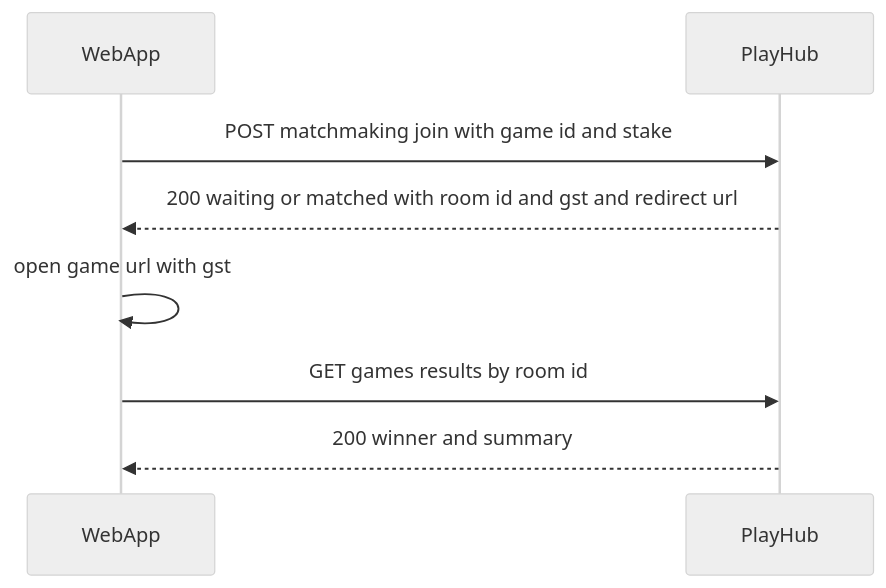
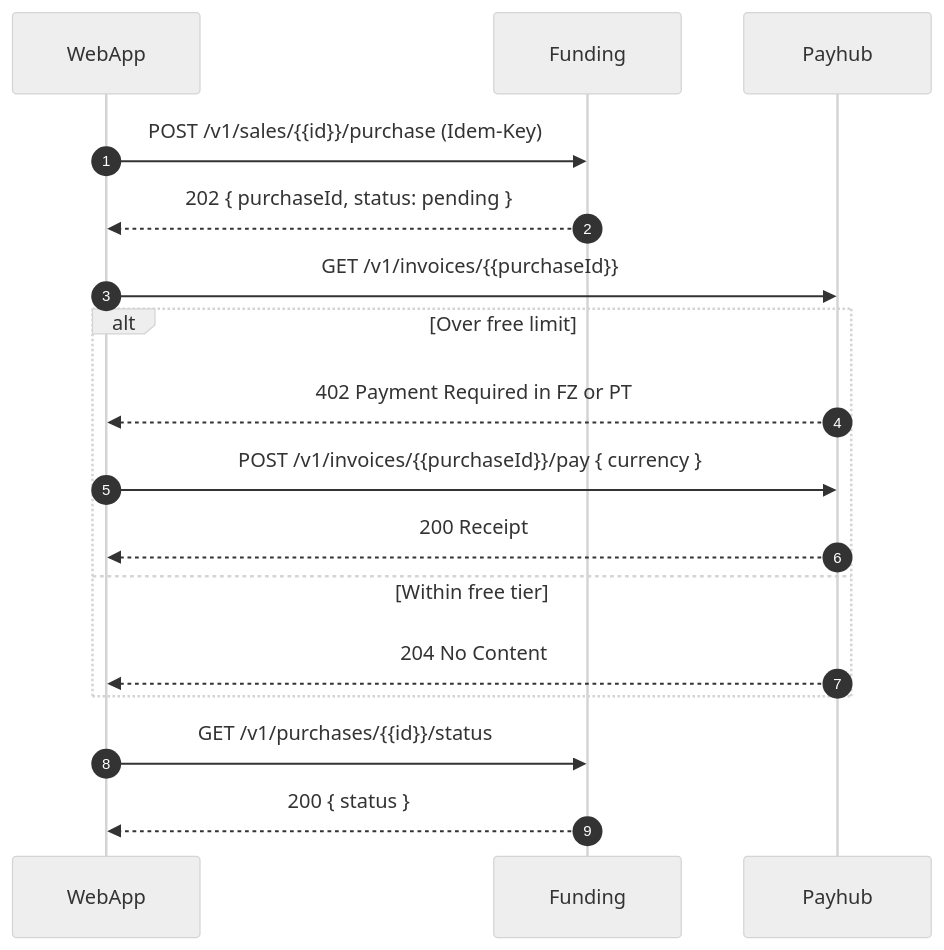
One commit to fuzeac/fuze-telegram-mini-app changed the third of 4 diagrams in miniapp-webapp.md. Above: the diagram before and after it, drawn with Mermaid (neutral theme). The commit also changed other lines of this file, not shown here.

````diff
--- a/miniapp-webapp.md
+++ b/miniapp-webapp.md
@@ -120,10 +133,20 @@
 ```mermaid
 sequenceDiagram
-participant UI as WebApp
-participant PH as PlayHub
-UI->>PH: POST matchmaking join with game id and stake
-PH-->>UI: 200 waiting or matched with room id and gst and redirect url
-UI->>UI: open game url with gst
-UI->>PH: GET games results by room id
-PH-->>UI: 200 winner and summary
+  autonumber
+  participant UI as WebApp
+  participant FUN as Funding
+  participant PAY as Payhub
+
+  UI->>FUN: POST /v1/sales/{{id}}/purchase (Idem-Key)
+  FUN-->>UI: 202 { purchaseId, status: pending }
+  UI->>PAY: GET /v1/invoices/{{purchaseId}}
+  alt Over free limit
+    PAY-->>UI: 402 Payment Required in FZ or PT
+    UI->>PAY: POST /v1/invoices/{{purchaseId}}/pay { currency }
+    PAY-->>UI: 200 Receipt
+  else Within free tier
+    PAY-->>UI: 204 No Content
+  end
+  UI->>FUN: GET /v1/purchases/{{id}}/status
+  FUN-->>UI: 200 { status }
 ```
````
